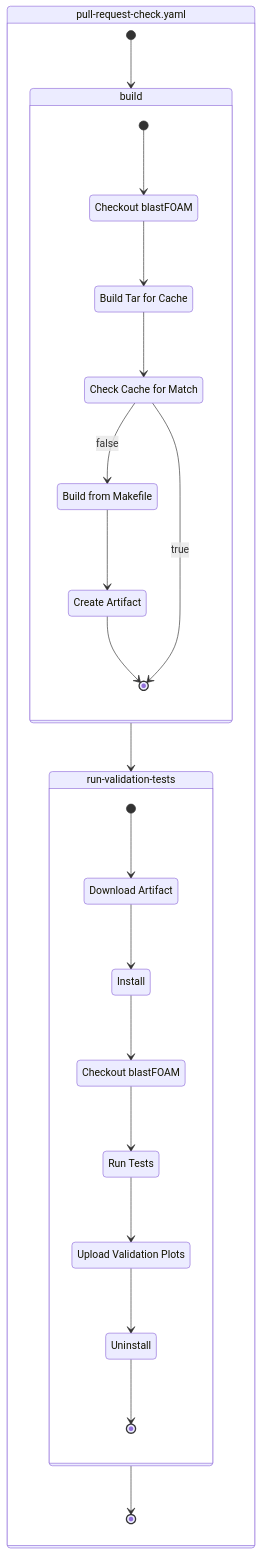
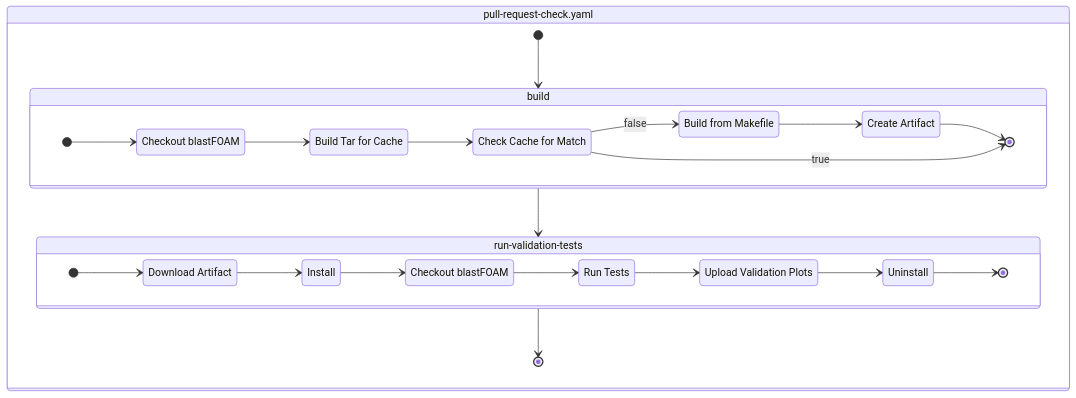
The first of 2 diagrams in .github/workflows/workflow-readme.md (synthetik-technologies/blastfoam), drawn with Mermaid before and after one commit. The commit also changed other lines of this file, not shown here.

````diff
--- a/.github/workflows/workflow-readme.md
+++ b/.github/workflows/workflow-readme.md
@@ -5,47 +5,49 @@
 ```mermaid
   stateDiagram-v2
   %% Steps
   cbf: Checkout blastFOAM
   tar: Build Tar for Cache
   cc: Check Cache for Match
   make: Build from Makefile
   art: Create Artifact
   da: Download Artifact
   inst: Install
   cbf2: Checkout blastFOAM
   run: Run Tests
   pl: Upload Validation Plots
   uninst: Uninstall
 
   %% Jobs
   val: run-validation-tests
   state build {
+    Direction LR
     [*] --> cbf
     cbf --> tar
     tar --> cc
 
     cc --> make: false
     make --> art
     art --> [*]
 
     cc --> [*]: true
   }
   state val {
+    Direction LR
     [*] --> da
     da --> inst
     inst --> cbf2
     cbf2 --> run
     run --> pl
     pl --> uninst
     uninst --> [*]
 
   }
 
   %% Workflows
   state "pull-request-check.yaml" as prc
   state prc {
   [*] --> build
   build --> val
   val --> [*]
   }
 ```
````
